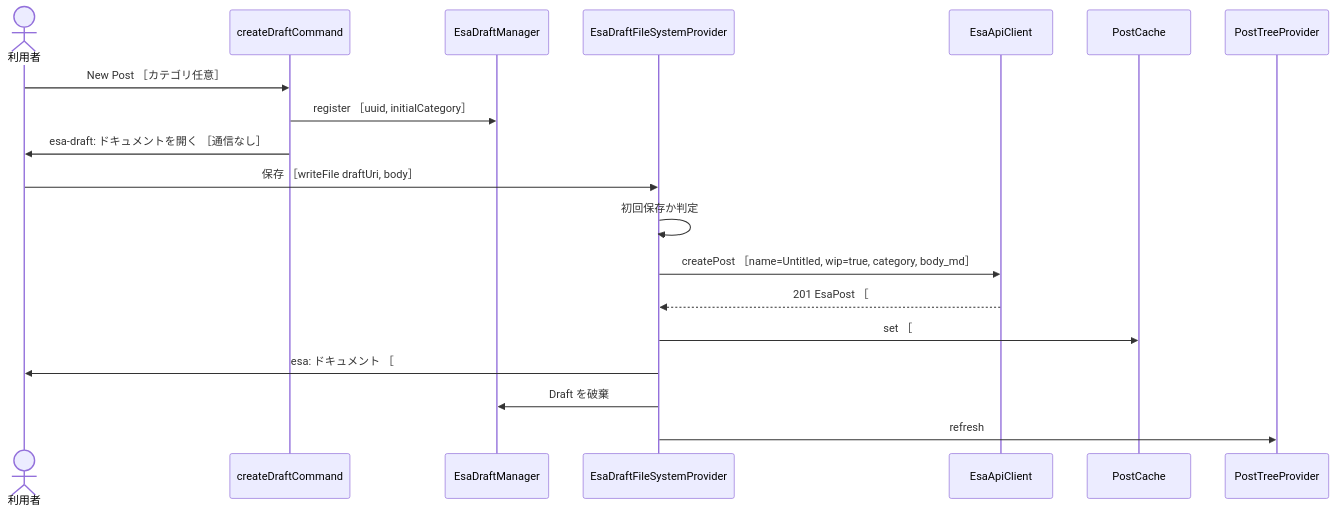
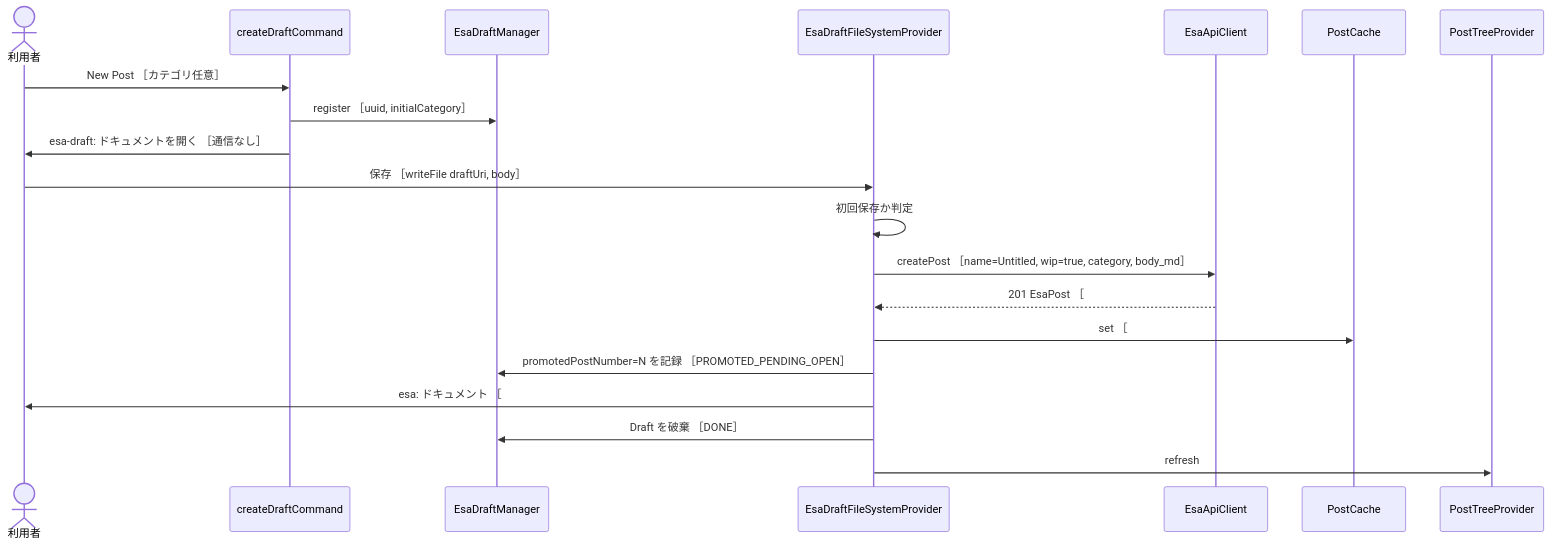
One commit to LevelCapCoJapanTools/vscode_esa_explorer changed the first of 8 diagrams in .github/copilot/plans/3-create-post.md. Above: the diagram before and after it, drawn with Mermaid. The commit also changed other lines of this file and 1 other file, not shown here.

````diff
--- a/.github/copilot/plans/3-create-post.md
+++ b/.github/copilot/plans/3-create-post.md
@@ -151,22 +153,23 @@
 ```mermaid
 sequenceDiagram
     actor User as 利用者
     participant Cmd as createDraftCommand
     participant Mgr as EsaDraftManager
     participant DP as EsaDraftFileSystemProvider
     participant Api as EsaApiClient
     participant Cache as PostCache
     participant Tree as PostTreeProvider
 
     User->>Cmd: New Post ［カテゴリ任意］
     Cmd->>Mgr: register ［uuid, initialCategory］
     Cmd->>User: esa-draft: ドキュメントを開く ［通信なし］
     User->>DP: 保存 ［writeFile draftUri, body］
     DP->>DP: 初回保存か判定
     DP->>Api: createPost ［name=Untitled, wip=true, category, body_md］
     Api-->>DP: 201 EsaPost ［#N］
     DP->>Cache: set ［#N］
+    DP->>Mgr: promotedPostNumber=N を記録 ［PROMOTED_PENDING_OPEN］
     DP->>User: esa: ドキュメント ［#N］を開く
-    DP->>Mgr: Draft を破棄
+    DP->>Mgr: Draft を破棄 ［DONE］
     DP->>Tree: refresh
 ```
````
